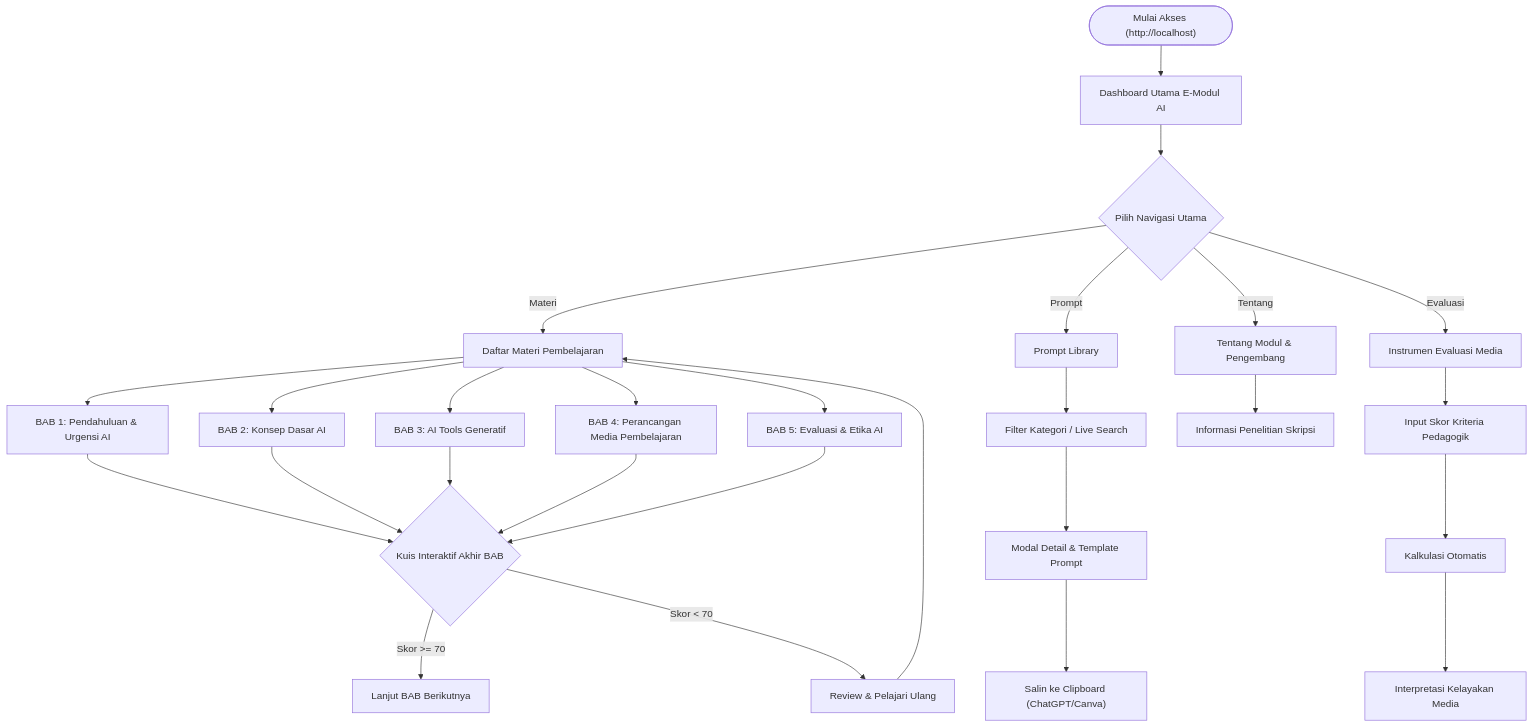
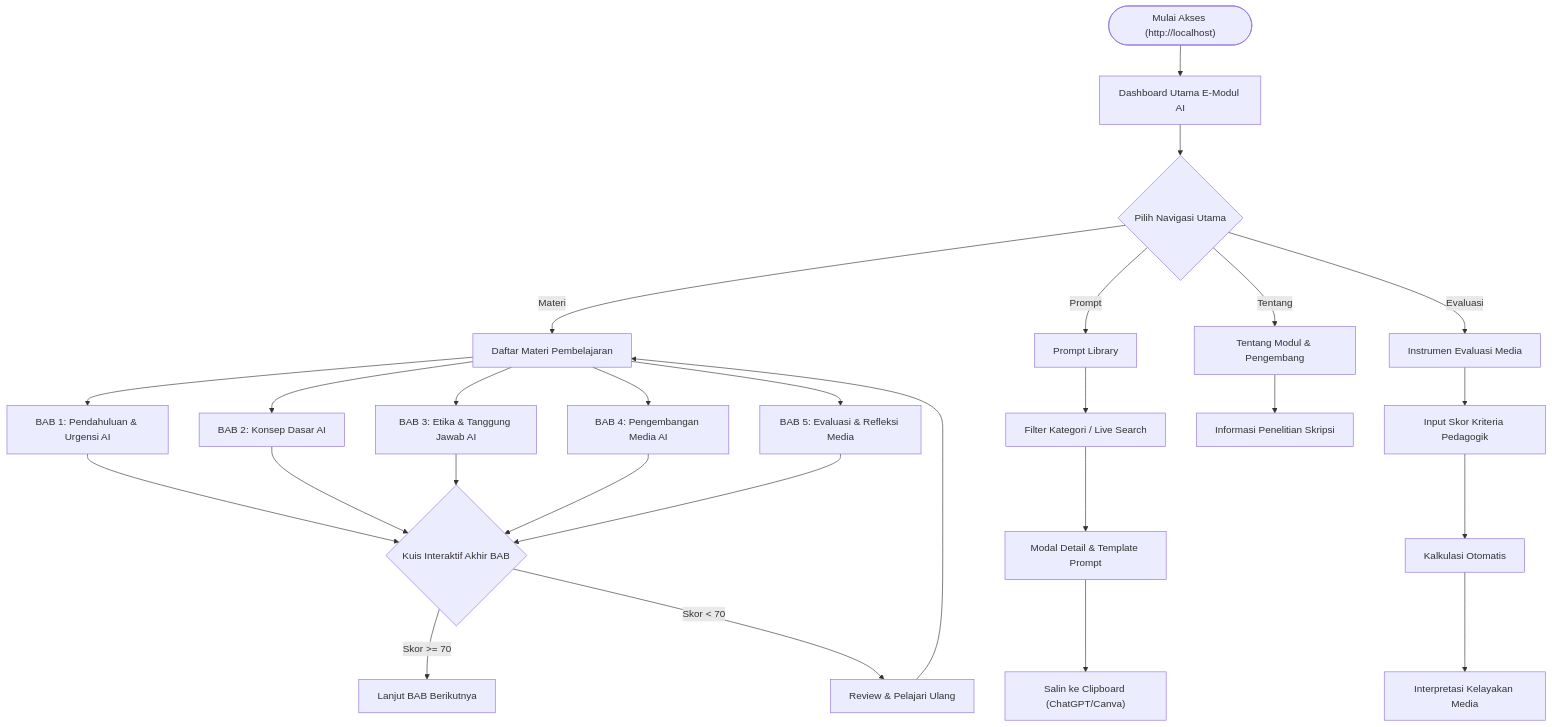
Before and after one commit to abdullahsyaeron/E-Modul-AI: the first of 3 diagrams in Dokumen_Flowchart_dan_Storyboard_Skripsi.md, drawn with Mermaid. The commit also changed other lines of this file and 43 other files, not shown here.

````diff
--- a/Dokumen_Flowchart_dan_Storyboard_Skripsi.md
+++ b/Dokumen_Flowchart_dan_Storyboard_Skripsi.md
@@ -11,31 +11,31 @@
 ```mermaid
 graph TD
     Start(["Mulai Akses (http://localhost)"]) --> Dash["Dashboard Utama E-Modul AI"]
     Dash --> Menu{"Pilih Navigasi Utama"}
     
     Menu -->|Materi| Mat["Daftar Materi Pembelajaran"]
     Menu -->|Prompt| Prm["Prompt Library"]
     Menu -->|Evaluasi| Eva["Instrumen Evaluasi Media"]
     Menu -->|Tentang| Ten["Tentang Modul & Pengembang"]
     
     Mat --> Bab1["BAB 1: Pendahuluan & Urgensi AI"]
     Mat --> Bab2["BAB 2: Konsep Dasar AI"]
-    Mat --> Bab3["BAB 3: AI Tools Generatif"]
-    Mat --> Bab4["BAB 4: Perancangan Media Pembelajaran"]
-    Mat --> Bab5["BAB 5: Evaluasi & Etika AI"]
+    Mat --> Bab3["BAB 3: Etika & Tanggung Jawab AI"]
+    Mat --> Bab4["BAB 4: Pengembangan Media AI"]
+    Mat --> Bab5["BAB 5: Evaluasi & Refleksi Media"]
     
     Bab1 & Bab2 & Bab3 & Bab4 & Bab5 --> Kuis{"Kuis Interaktif Akhir BAB"}
     Kuis -->|Skor >= 70| Lulus["Lanjut BAB Berikutnya"]
     Kuis -->|Skor < 70| Ulang["Review & Pelajari Ulang"]
     Ulang --> Mat
     
     Prm --> Cari["Filter Kategori / Live Search"]
     Cari --> Detail["Modal Detail & Template Prompt"]
     Detail --> Salin["Salin ke Clipboard (ChatGPT/Canva)"]
     
     Eva --> Kriteria["Input Skor Kriteria Pedagogik"]
     Kriteria --> Kalkulasi["Kalkulasi Otomatis"]
     Kalkulasi --> Hasil["Interpretasi Kelayakan Media"]
     
     Ten --> Profil["Informasi Penelitian Skripsi"]
 ```
````
